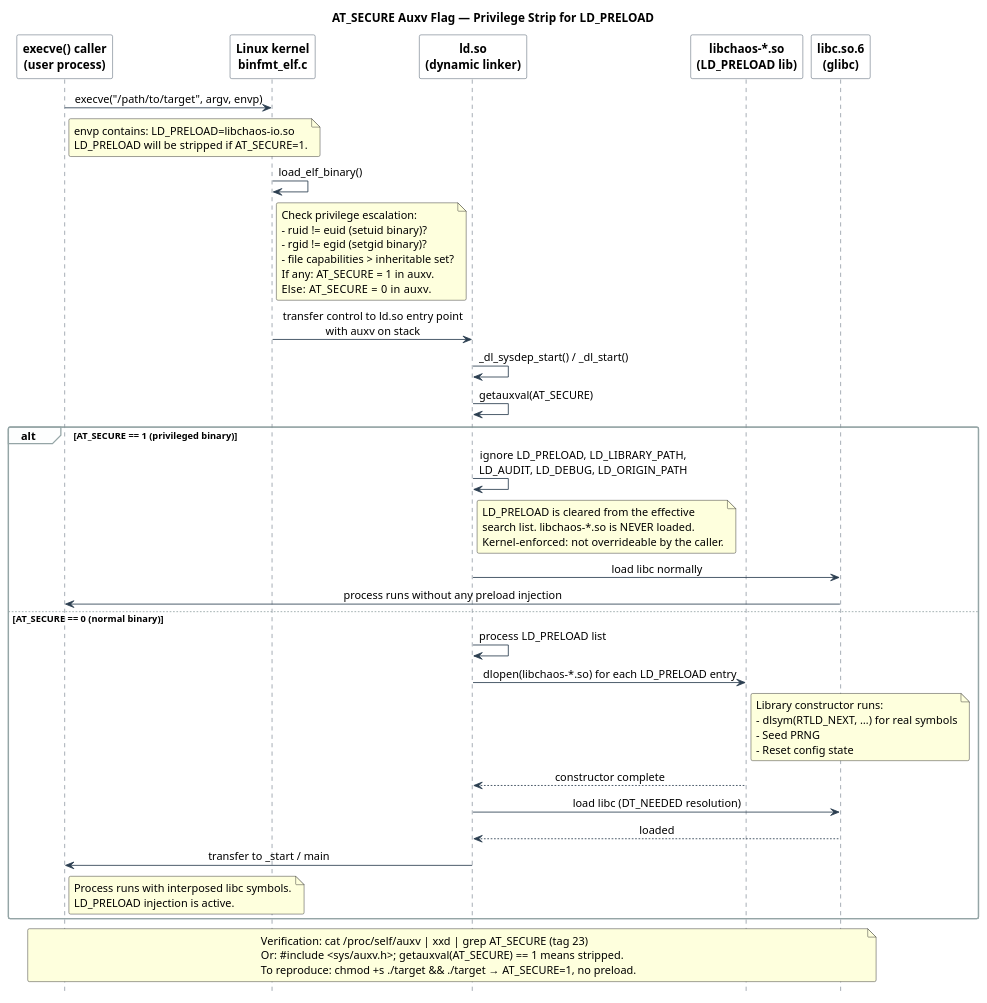
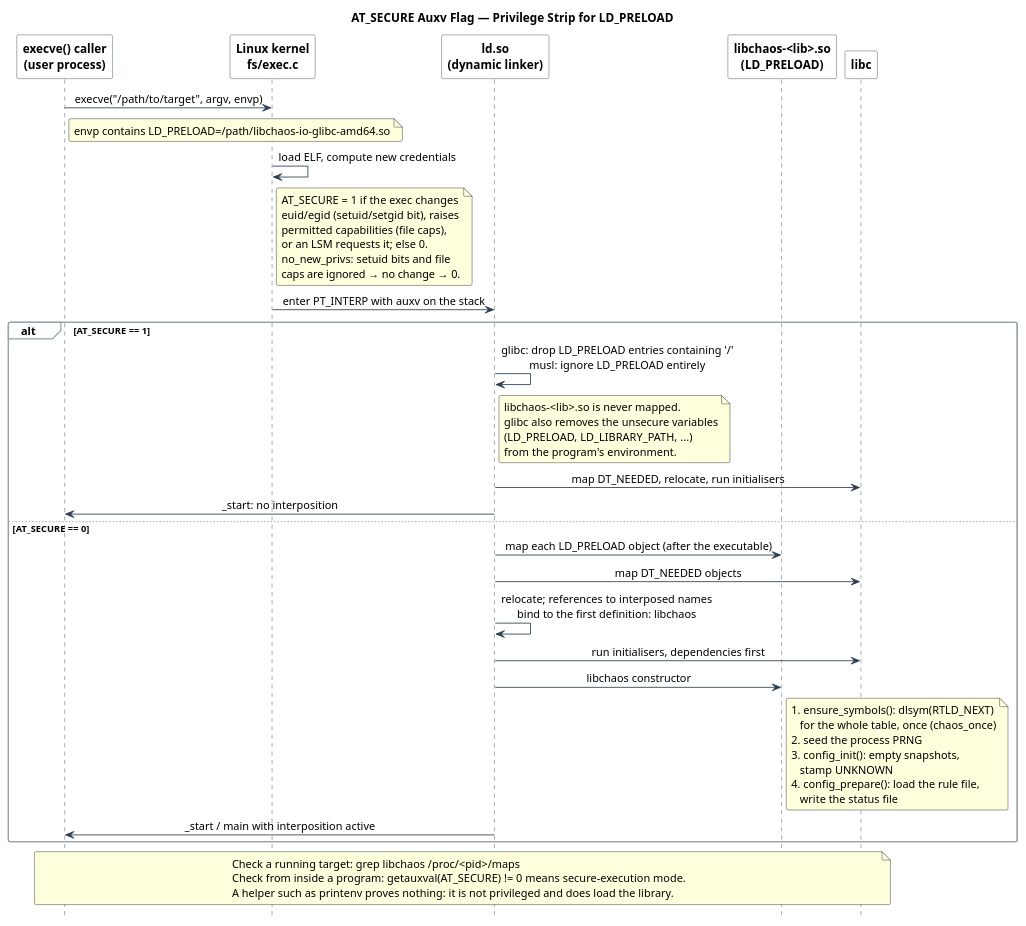
Before and after one commit to macstab/macstab-chaos-testing-libraries: the diagram in docs/diagrams/atsecure.puml, drawn with PlantUML. The commit also changed 14 other files, not shown here.

Commit message:
docs: rewrite architecture, safety, platform and engineering docs; redraw diagrams

```diff
--- a/docs/diagrams/atsecure.puml
+++ b/docs/diagrams/atsecure.puml
@@ -1,93 +1,89 @@
 @startuml atsecure
 '
 ' Engineered by  Christian Schnapka
 '                Embedded Principal+ Engineer
 '                Macstab GmbH · Hamburg, Germany
 '                https://macstab.com
 '
-' AT_SECURE auxv flag flow: how the kernel sets it,
-' how ld.so reads it, and how LD_PRELOAD is stripped.
+' AT_SECURE at execve: when the kernel sets it, what the loader then does
+' with LD_PRELOAD, and what a libchaos constructor does when it is loaded.
 '
-' Reference: docs/SAFETY.md §1
-'            ld.so(8) "Secure-execution mode"
-'            Linux kernel fs/binfmt_elf.c
+' Reference: docs/SAFETY.md §1, docs/PLATFORM.md §6
+'            ld.so(8) "Secure-execution mode", getauxval(3)
+'            Linux kernel fs/exec.c, security/commoncap.c
 '
 title AT_SECURE Auxv Flag — Privilege Strip for LD_PRELOAD
 
 skinparam sequenceMessageAlign center
 skinparam shadowing false
 skinparam roundCorner 4
 skinparam sequence {
   ArrowColor                 #2C3E50
   LifeLineBorderColor        #2C3E50
   LifeLineBackgroundColor    #ECF0F1
   ParticipantBorderColor     #2C3E50
   ParticipantBackgroundColor #FFFFFF
   ParticipantFontStyle       bold
   GroupBackgroundColor       #FDFEFE
   GroupBorderColor           #95A5A6
 }
 hide footbox
 
 participant "execve() caller\n(user process)" as Caller
-participant "Linux kernel\nbinfmt_elf.c"      as Kernel
+participant "Linux kernel\nfs/exec.c"          as Kernel
 participant "ld.so\n(dynamic linker)"          as Ldso
-participant "libchaos-*.so\n(LD_PRELOAD lib)"  as Chaos
-participant "libc.so.6\n(glibc)"               as Libc
+participant "libchaos-<lib>.so\n(LD_PRELOAD)"  as Chaos
+participant "libc"                             as Libc
 
 Caller -> Kernel : execve("/path/to/target", argv, envp)
 note right of Caller
-  envp contains: LD_PRELOAD=libchaos-io.so
-  LD_PRELOAD will be stripped if AT_SECURE=1.
+  envp contains LD_PRELOAD=/path/libchaos-io-glibc-amd64.so
 end note
 
-Kernel -> Kernel : load_elf_binary()
+Kernel -> Kernel : load ELF, compute new credentials
 note right of Kernel
-  Check privilege escalation:
-  - ruid != euid (setuid binary)?
-  - rgid != egid (setgid binary)?
-  - file capabilities > inheritable set?
-  If any: AT_SECURE = 1 in auxv.
-  Else:   AT_SECURE = 0 in auxv.
+  AT_SECURE = 1 if the exec changes
+  euid/egid (setuid/setgid bit), raises
+  permitted capabilities (file caps),
+  or an LSM requests it; else 0.
+  no_new_privs: setuid bits and file
+  caps are ignored → no change → 0.
 end note
 
-Kernel -> Ldso : transfer control to ld.so entry point\nwith auxv on stack
+Kernel -> Ldso : enter PT_INTERP with auxv on the stack
 
-Ldso -> Ldso : _dl_sysdep_start() / _dl_start()
-Ldso -> Ldso : getauxval(AT_SECURE)
-
-alt AT_SECURE == 1 (privileged binary)
-  Ldso -> Ldso : ignore LD_PRELOAD, LD_LIBRARY_PATH,\nLD_AUDIT, LD_DEBUG, LD_ORIGIN_PATH
+alt AT_SECURE == 1
+  Ldso -> Ldso : glibc: drop LD_PRELOAD entries containing '/'\nmusl: ignore LD_PRELOAD entirely
   note right of Ldso
-    LD_PRELOAD is cleared from the effective
-    search list. libchaos-*.so is NEVER loaded.
-    Kernel-enforced: not overrideable by the caller.
+    libchaos-<lib>.so is never mapped.
+    glibc also removes the unsecure variables
+    (LD_PRELOAD, LD_LIBRARY_PATH, ...)
+    from the program's environment.
   end note
-  Ldso -> Libc : load libc normally
-  Libc -> Caller : process runs without any preload injection
-else AT_SECURE == 0 (normal binary)
-  Ldso -> Ldso : process LD_PRELOAD list
-  Ldso -> Chaos : dlopen(libchaos-*.so) for each LD_PRELOAD entry
+  Ldso -> Libc : map DT_NEEDED, relocate, run initialisers
+  Ldso -> Caller : _start: no interposition
+else AT_SECURE == 0
+  Ldso -> Chaos : map each LD_PRELOAD object (after the executable)
+  Ldso -> Libc : map DT_NEEDED objects
+  Ldso -> Ldso : relocate; references to interposed names\nbind to the first definition: libchaos
+  Ldso -> Libc : run initialisers, dependencies first
+  Ldso -> Chaos : libchaos constructor
   note right of Chaos
-    Library constructor runs:
-    - dlsym(RTLD_NEXT, …) for real symbols
-    - Seed PRNG
-    - Reset config state
+    1. ensure_symbols(): dlsym(RTLD_NEXT)
+       for the whole table, once (chaos_once)
+    2. seed the process PRNG
+    3. config_init(): empty snapshots,
+       stamp UNKNOWN
+    4. config_prepare(): load the rule file,
+       write the status file
   end note
-  Chaos --> Ldso : constructor complete
-  Ldso -> Libc : load libc (DT_NEEDED resolution)
-  Libc --> Ldso : loaded
-  Ldso -> Caller : transfer to _start / main
-  note right of Caller
-    Process runs with interposed libc symbols.
-    LD_PRELOAD injection is active.
-  end note
+  Ldso -> Caller : _start / main with interposition active
 end
 
 note across
-  Verification: cat /proc/self/auxv | xxd | grep AT_SECURE (tag 23)
-  Or: #include <sys/auxv.h>; getauxval(AT_SECURE) == 1 means stripped.
-  To reproduce: chmod +s ./target && ./target → AT_SECURE=1, no preload.
+  Check a running target: grep libchaos /proc/<pid>/maps
+  Check from inside a program: getauxval(AT_SECURE) != 0 means secure-execution mode.
+  A helper such as printenv proves nothing: it is not privileged and does load the library.
 end note
 
 @enduml
```
